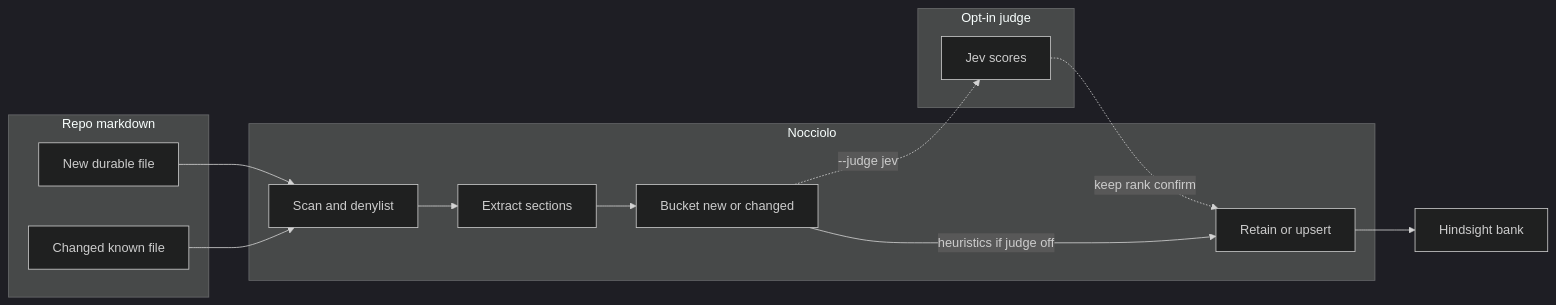
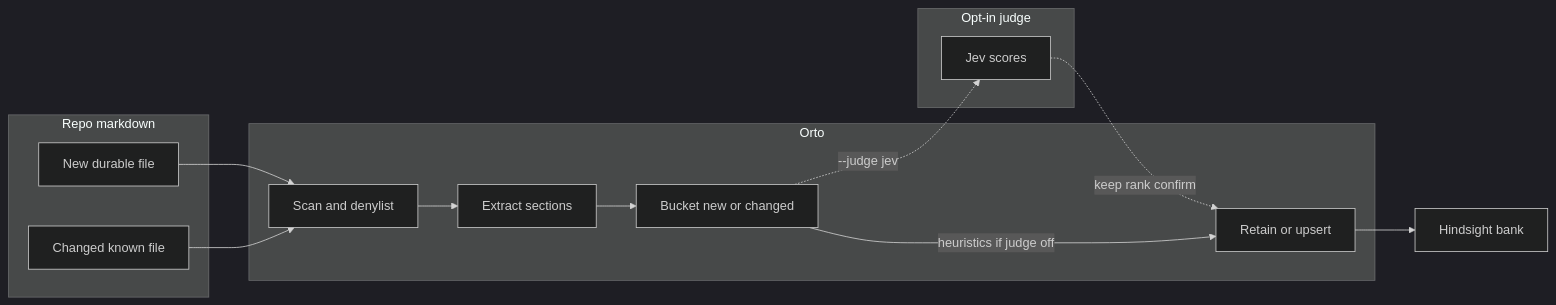
One commit to zanuka/nocciolo changed the first of 5 diagrams in docs/jev-diagrams.md. Above: the diagram before and after it, drawn with Mermaid (dark theme). The commit also changed other lines of this file and 118 other files, not shown here.

First line of the commit message:
Rename Nocciolo to Orto across the CLI, package, config dir, env vars, and docs.

````diff
--- a/docs/jev-diagrams.md
+++ b/docs/jev-diagrams.md
@@ -33,28 +33,28 @@
 ```mermaid
 flowchart LR
   subgraph sources [Repo markdown]
     newFile[New durable file]
     changedFile[Changed known file]
   end
 
-  subgraph nocciolo [Nocciolo]
+  subgraph orto [Orto]
     scan[Scan and denylist]
     extract[Extract sections]
     buckets[Bucket new or changed]
     retain[Retain or upsert]
   end
 
   subgraph judge [Opt-in judge]
     jev[Jev scores]
   end
 
   bank[Hindsight bank]
 
   newFile --> scan
   changedFile --> scan
   scan --> extract --> buckets
   buckets -.->|"--judge jev"| jev
   jev -.->|"keep rank confirm"| retain
   buckets -->|"heuristics if judge off"| retain
   retain --> bank
 ```
````
